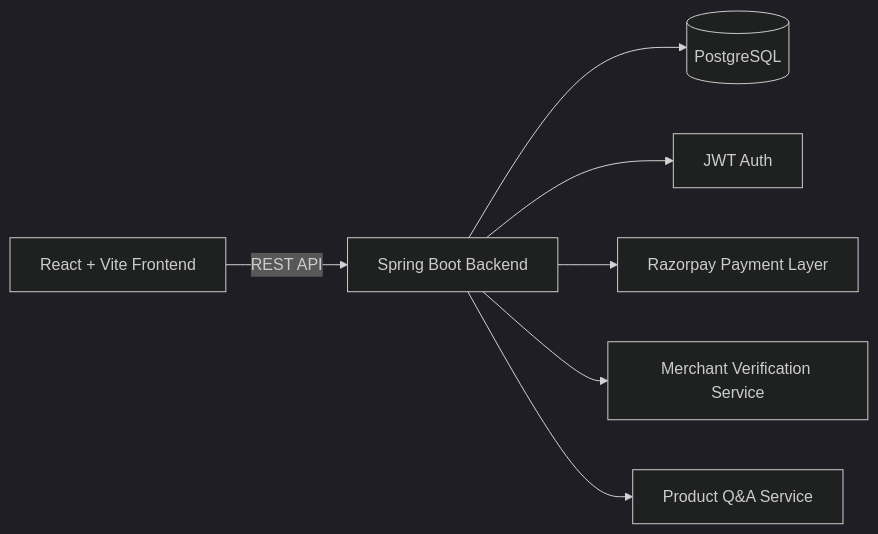
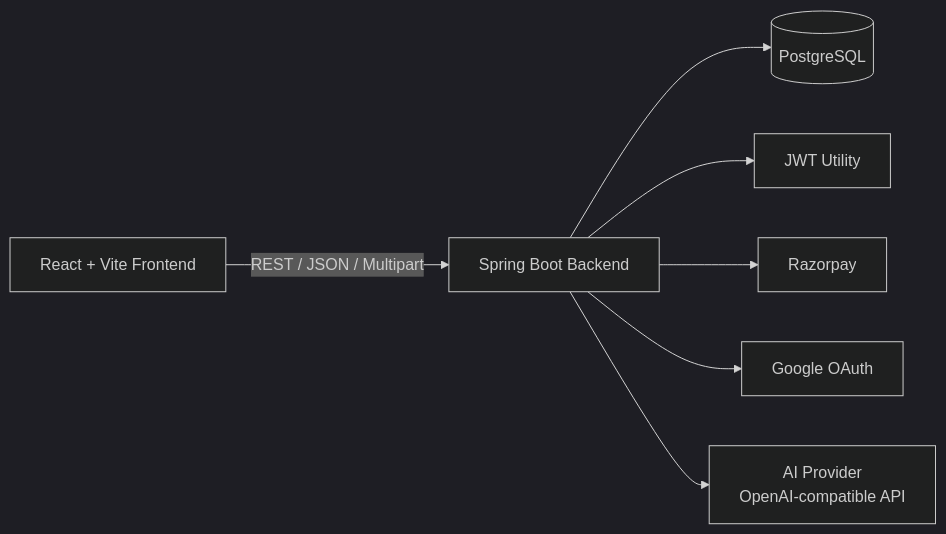
One commit to Tanmay-Kudkar/MyCollegeMart changed the first of 2 diagrams in README.md. Above: the diagram before and after it, drawn with Mermaid (dark theme). The commit also changed other lines of this file, not shown here.

````diff
--- a/README.md
+++ b/README.md
@@ -85,9 +100,9 @@
 ```mermaid
 flowchart LR
-    A[React + Vite Frontend] -->|REST API| B[Spring Boot Backend]
-    B --> C[(PostgreSQL)]
-    B --> D[JWT Auth]
-    B --> E[Razorpay Payment Layer]
-    B --> F[Merchant Verification Service]
-    B --> G[Product Q&A Service]
+  A[React + Vite Frontend] -->|REST / JSON / Multipart| B[Spring Boot Backend]
+  B --> C[(PostgreSQL)]
+  B --> D[JWT Utility]
+  B --> E[Razorpay]
+  B --> F[Google OAuth]
+  B --> G[AI Provider\nOpenAI-compatible API]
 ```
````
